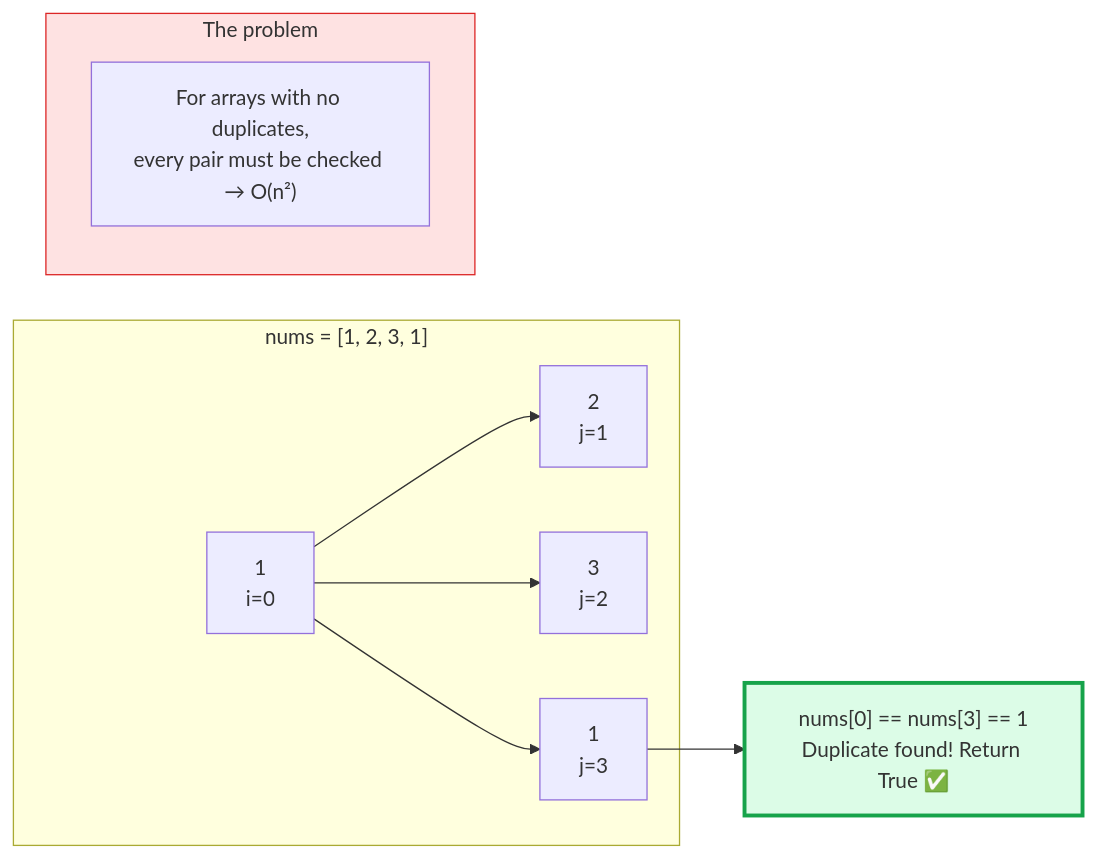
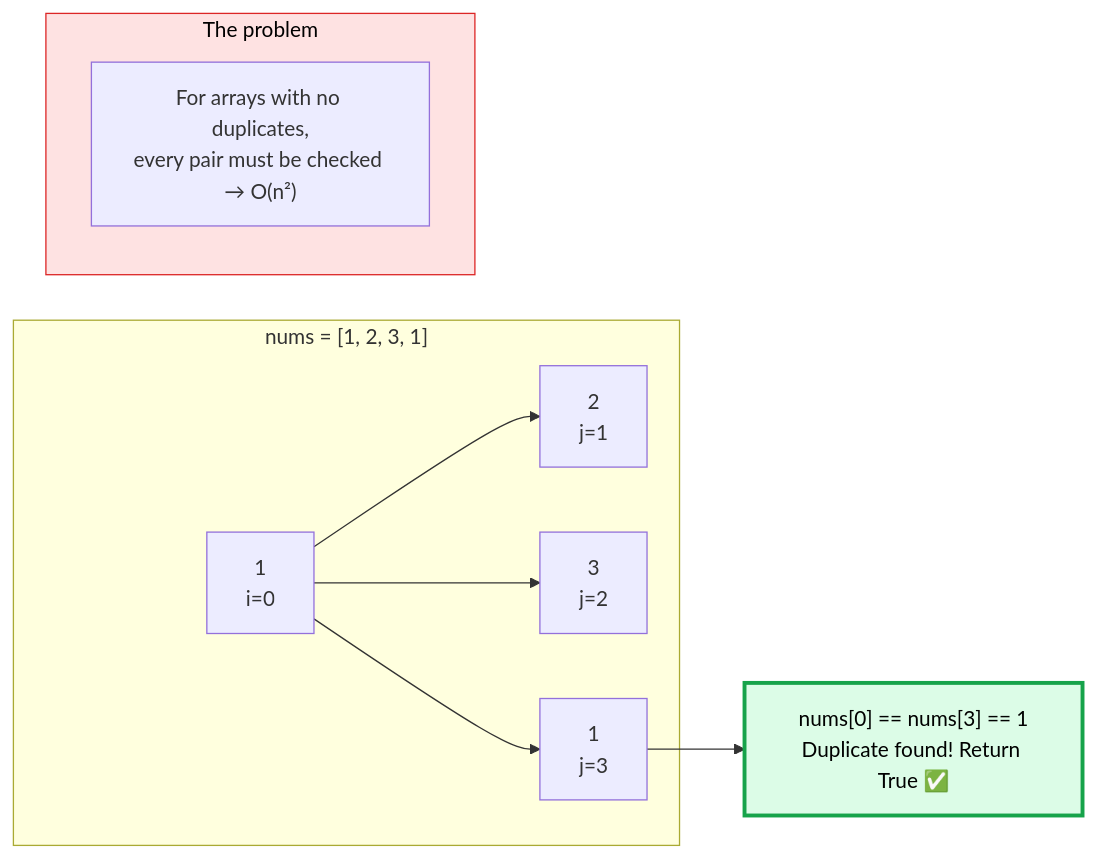
The fifth of 13 diagrams in 02 - Contains Duplicate/README.md (M-F-Tushar/LeetCode-Problem-Solving), drawn with Mermaid before and after one commit. The commit also changed other lines of this file, not shown here.

````diff
--- a/02 - Contains Duplicate/README.md
+++ b/02 - Contains Duplicate/README.md
@@ -117,22 +116,22 @@
 ```mermaid
 flowchart LR
     subgraph Array["nums = [1, 2, 3, 1]"]
         N0["1\ni=0"]
         N1["2\nj=1"]
         N2["3\nj=2"]
         N3["1\nj=3"]
     end
 
     N0 --> N1
     N0 --> N2
     N0 --> N3
 
     N3 --> Found["nums[0] == nums[3] == 1\nDuplicate found! Return True ✅"]
 
     subgraph Issue["The problem"]
         P["For arrays with no duplicates,\nevery pair must be checked → O(n²)"]
     end
 
-    style Found fill:#dcfce7,stroke:#16a34a,stroke-width:3px
-    style Issue fill:#fee2e2,stroke:#dc2626
+    style Found fill:#dcfce7,stroke:#16a34a,stroke-width:3px,color:#000000
+    style Issue fill:#fee2e2,stroke:#dc2626,color:#000000
 ```
````
